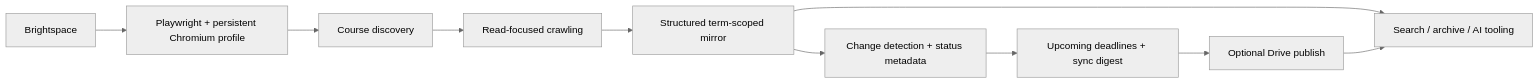
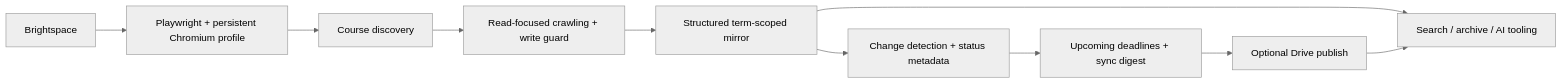
The diagram in README.md (aryanramz/brightspace-sync), drawn with Mermaid (neutral theme) before and after one commit. The commit also changed other lines of this file and 21 other files, not shown here.

````diff
--- a/README.md
+++ b/README.md
@@ -45,12 +49,12 @@
 ```mermaid
 flowchart LR
     A[Brightspace] --> B[Playwright + persistent Chromium profile]
     B --> C[Course discovery]
-    C --> D[Read-focused crawling]
+    C --> D[Read-focused crawling + write guard]
     D --> E[Structured term-scoped mirror]
     E --> F[Change detection + status metadata]
     F --> I[Upcoming deadlines + sync digest]
     I --> G[Optional Drive publish]
     E --> H[Search / archive / AI tooling]
     G --> H
 ```
````
